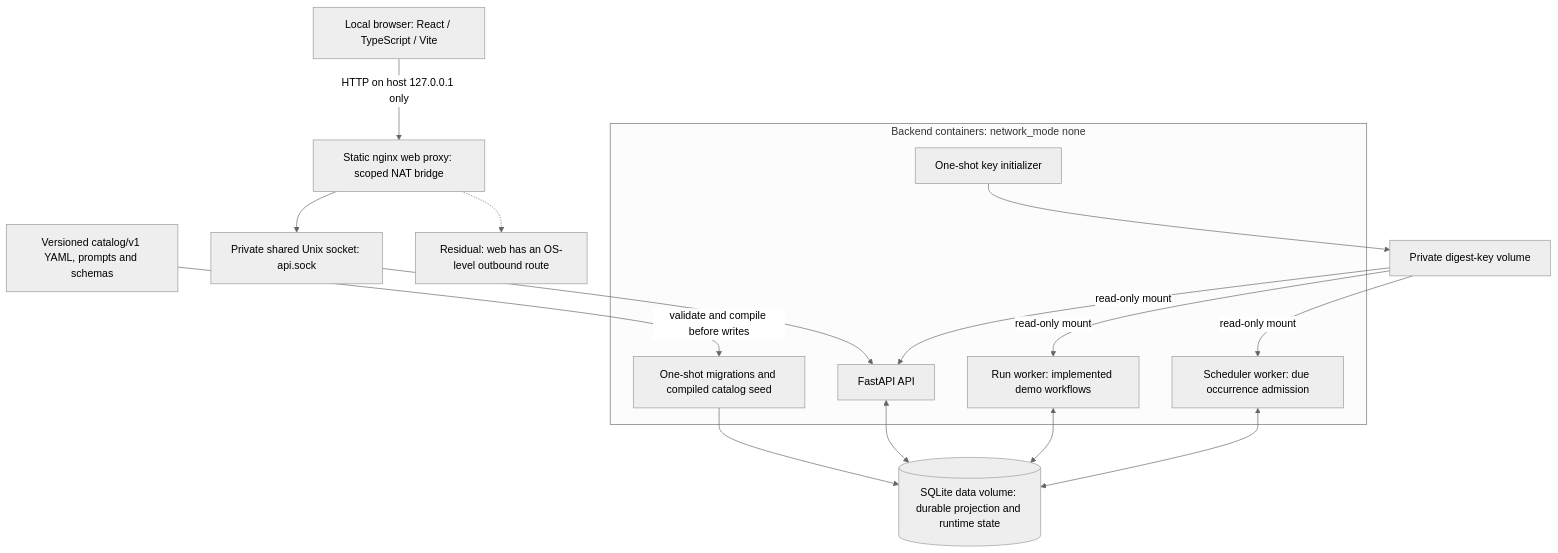
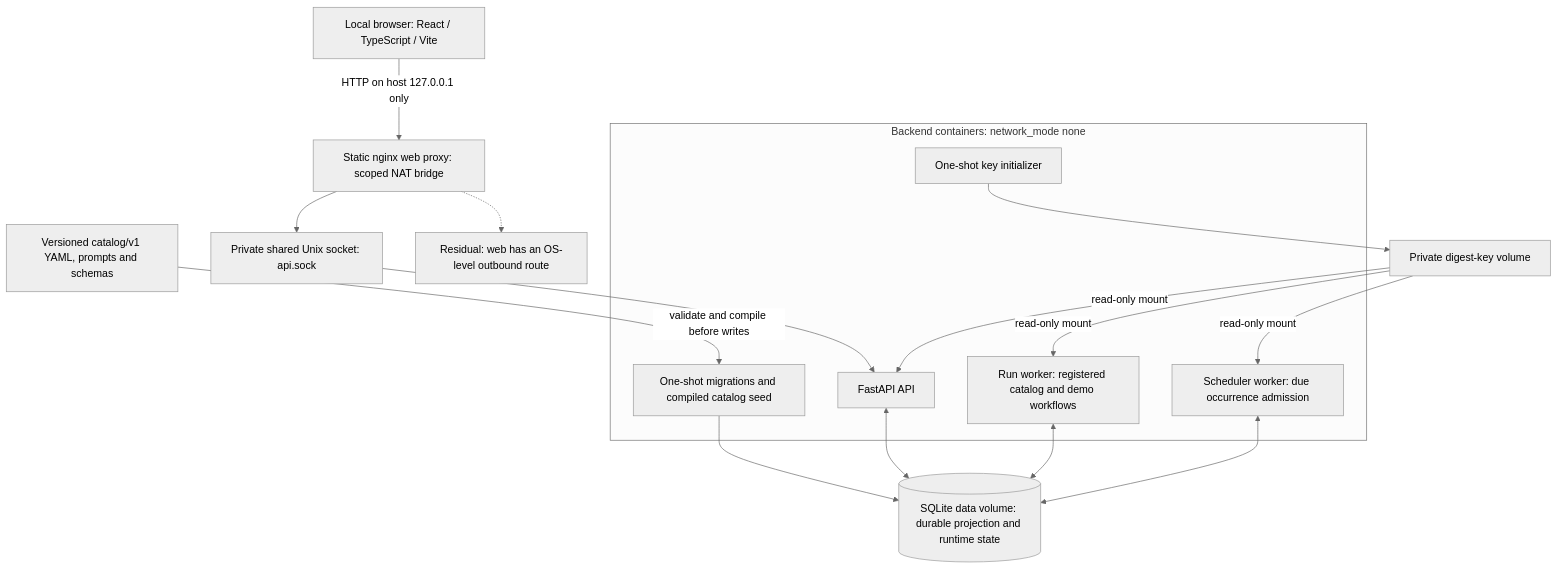
One commit to felipe-cosse/Marketing-Agents changed the diagram in docs/architecture.md. Above: the diagram before and after it, drawn with Mermaid (neutral theme). The commit also changed other lines of this file and 10 other files, not shown here.

````diff
--- a/docs/architecture.md
+++ b/docs/architecture.md
@@ -16,29 +16,29 @@
 ```mermaid
 flowchart TB
     Browser[Local browser: React / TypeScript / Vite]
     Web[Static nginx web proxy: scoped NAT bridge]
     Socket[Private shared Unix socket: api.sock]
     Outbound[Residual: web has an OS-level outbound route]
     Catalog[Versioned catalog/v1 YAML, prompts and schemas]
     DB[(SQLite data volume: durable projection and runtime state)]
     Key[Private digest-key volume]
     subgraph Backend[Backend containers: network_mode none]
         Init[One-shot key initializer]
         Seed[One-shot migrations and compiled catalog seed]
         API[FastAPI API]
-        Worker[Run worker: implemented demo workflows]
+        Worker[Run worker: registered catalog and demo workflows]
         Scheduler[Scheduler worker: due occurrence admission]
     end
     Browser -->|HTTP on host 127.0.0.1 only| Web
     Web --> Socket --> API
     Web -.-> Outbound
     Catalog -->|validate and compile before writes| Seed
     Init --> Key
     Key -->|read-only mount| API
     Key -->|read-only mount| Worker
     Key -->|read-only mount| Scheduler
     Seed --> DB
     API <--> DB
     Worker <--> DB
     Scheduler <--> DB
 ```
````
